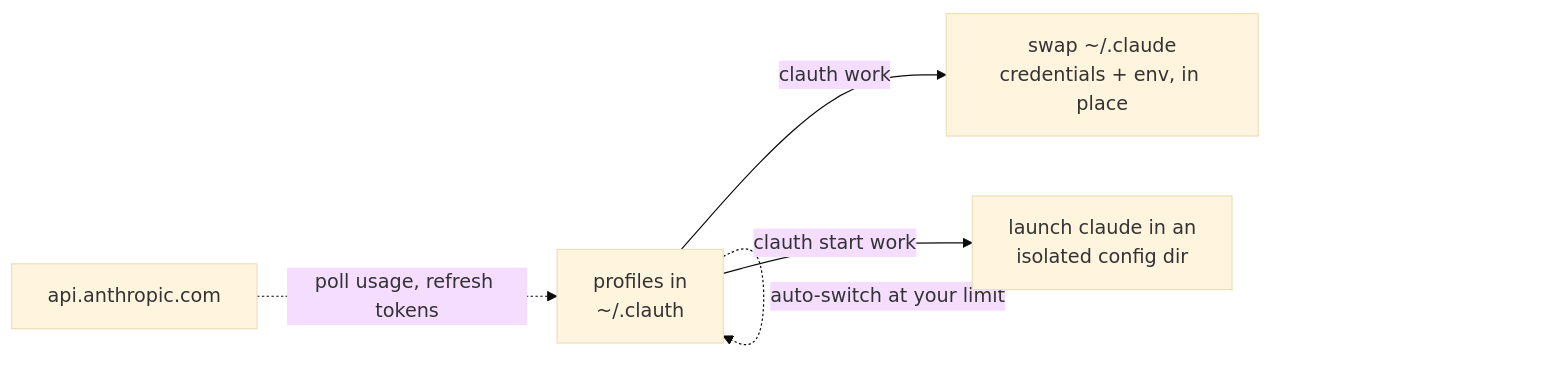
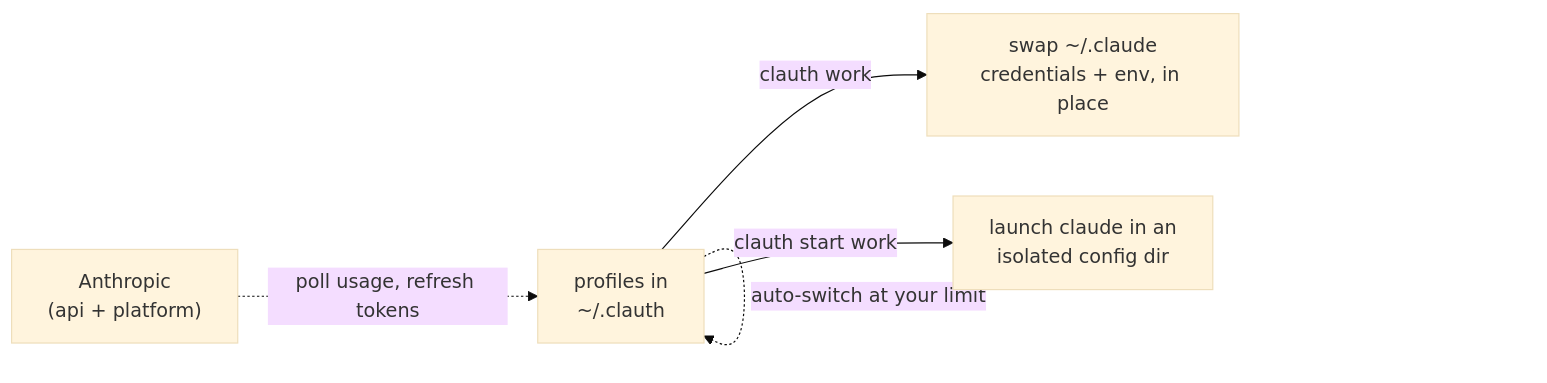
Before and after one commit to xingfanxia/clauth: the diagram in README.md, drawn with Mermaid (base theme).

Commit message:
docs: generalize the arch-diagram anthropic node
Refresh moved to platform.claude.com, so the flow node covers both
api + platform rather than naming api.anthropic.com alone.

````diff
--- a/README.md
+++ b/README.md
@@ -86,8 +86,8 @@
 ```mermaid
 flowchart LR
     P["profiles in<br/>~/.clauth"]
     P -->|"clauth work"| S["swap ~/.claude<br/>credentials + env, in place"]
     P -->|"clauth start work"| I["launch claude in an<br/>isolated config dir"]
-    ANT["api.anthropic.com"] -. "poll usage, refresh tokens" .-> P
+    ANT["Anthropic<br/>(api + platform)"] -. "poll usage, refresh tokens" .-> P
     P -. "auto-switch at your limit" .-> P
 ```
````
